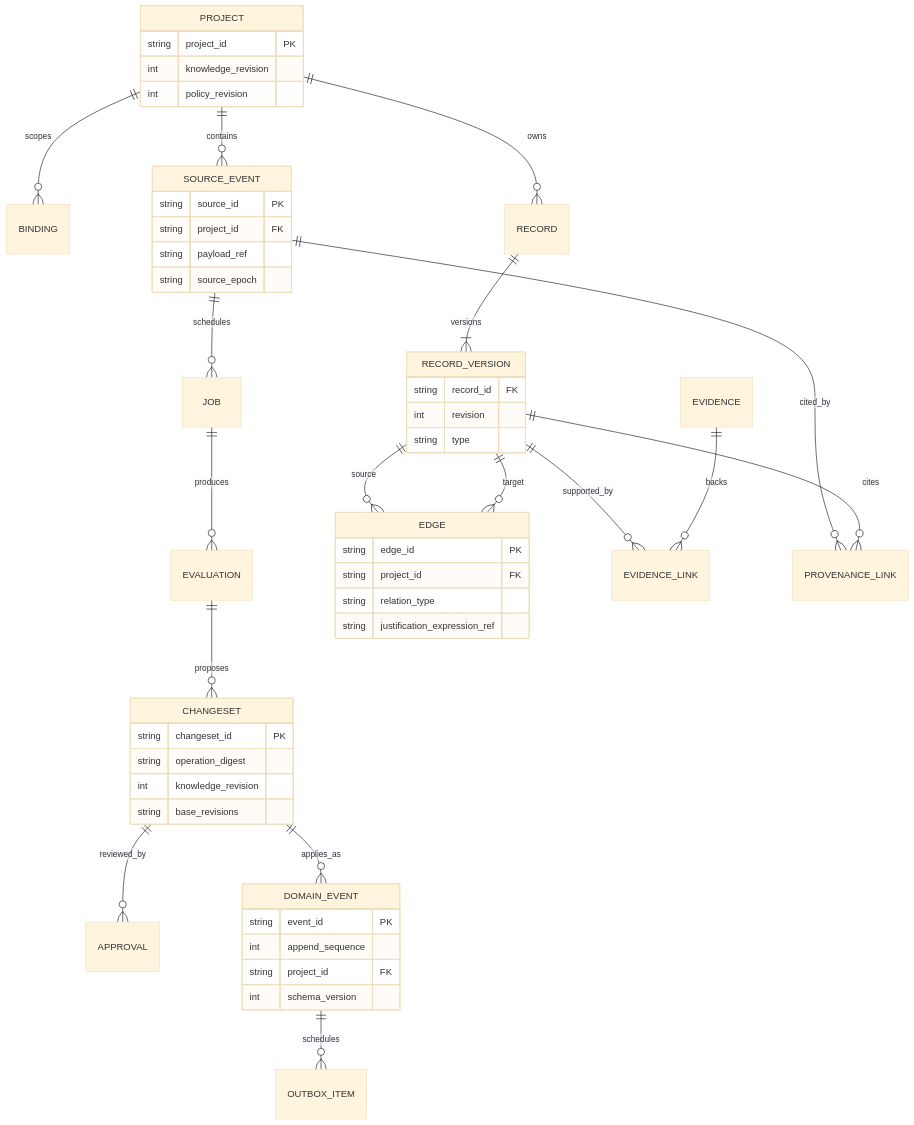
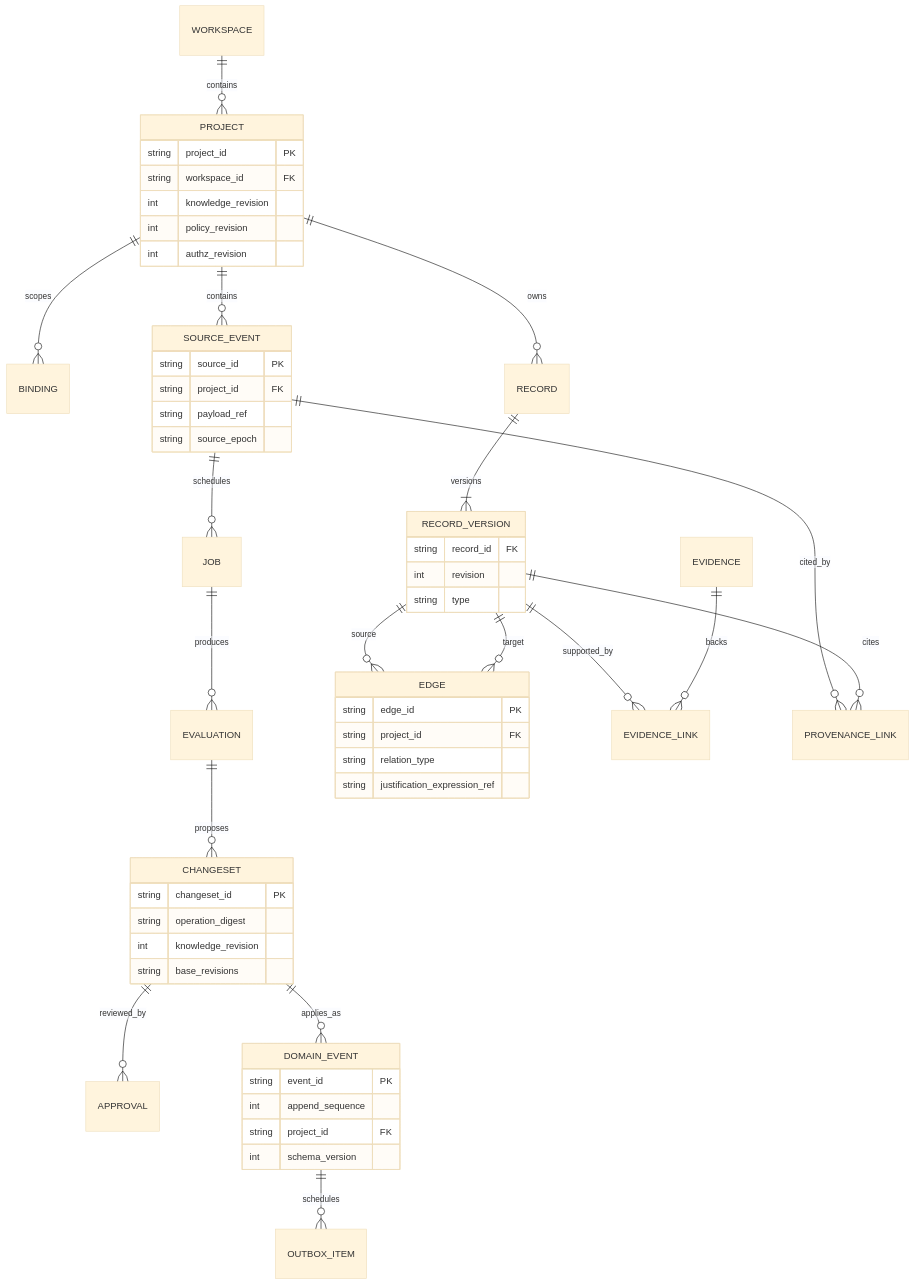
Before and after one commit to alphanAkbulut/decivora: the third of 13 diagrams in docs/architecture/diagrams.md, drawn with Mermaid (base theme). The commit also changed other lines of this file and 15 other files, not shown here.

Commit message:
docs: align diagrams and define administration and operations

````diff
--- a/docs/architecture/diagrams.md
+++ b/docs/architecture/diagrams.md
@@ -67,53 +69,56 @@
 ```mermaid
 erDiagram
+    WORKSPACE ||--o{ PROJECT : contains
     PROJECT ||--o{ BINDING : scopes
     PROJECT ||--o{ SOURCE_EVENT : contains
     PROJECT ||--o{ RECORD : owns
     SOURCE_EVENT ||--o{ JOB : schedules
     JOB ||--o{ EVALUATION : produces
     EVALUATION ||--o{ CHANGESET : proposes
     CHANGESET ||--o{ APPROVAL : reviewed_by
     CHANGESET ||--o{ DOMAIN_EVENT : applies_as
     RECORD ||--|{ RECORD_VERSION : versions
     RECORD_VERSION ||--o{ EDGE : source
     RECORD_VERSION ||--o{ EDGE : target
     RECORD_VERSION ||--o{ EVIDENCE_LINK : supported_by
     EVIDENCE ||--o{ EVIDENCE_LINK : backs
     SOURCE_EVENT ||--o{ PROVENANCE_LINK : cited_by
     RECORD_VERSION ||--o{ PROVENANCE_LINK : cites
     DOMAIN_EVENT ||--o{ OUTBOX_ITEM : schedules
     PROJECT {
         string project_id PK
+        string workspace_id FK
         int knowledge_revision
         int policy_revision
+        int authz_revision
     }
     SOURCE_EVENT {
         string source_id PK
         string project_id FK
         string payload_ref
         string source_epoch
     }
     RECORD_VERSION {
         string record_id FK
         int revision
         string type
     }
     EDGE {
         string edge_id PK
         string project_id FK
         string relation_type
         string justification_expression_ref
     }
     CHANGESET {
         string changeset_id PK
         string operation_digest
         int knowledge_revision
         string base_revisions
     }
     DOMAIN_EVENT {
         string event_id PK
         int append_sequence
         string project_id FK
         int schema_version
     }
 ```
````
